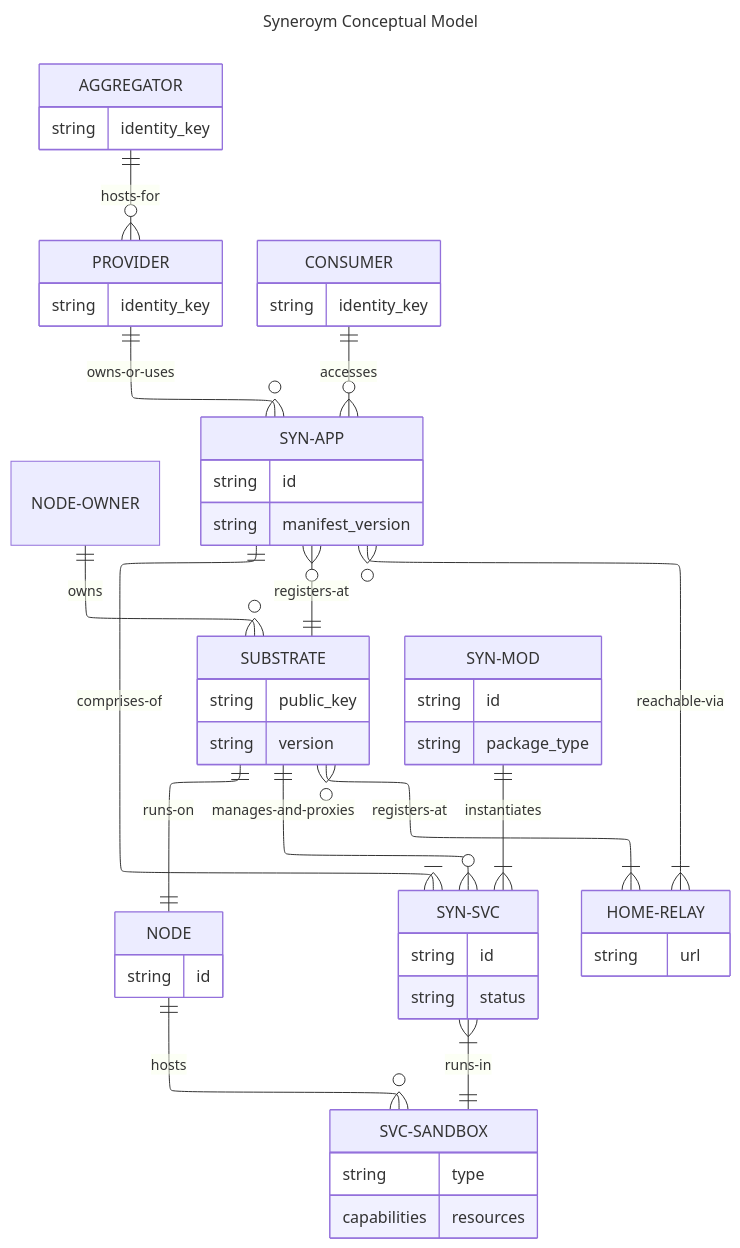
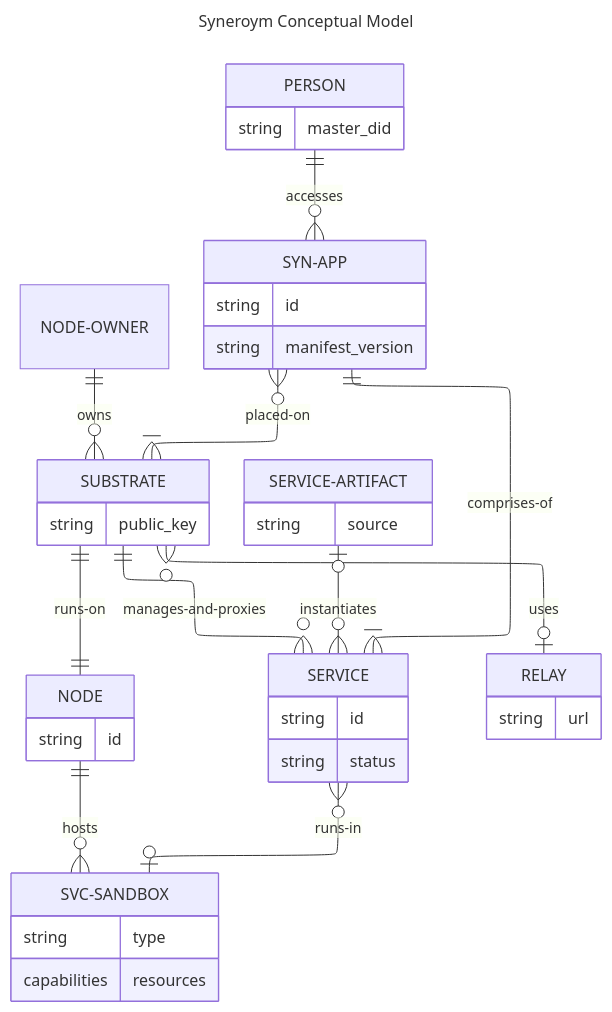
The second of 23 diagrams in docs/system-architecture.md (syneroym/syneroym), drawn with Mermaid before and after one commit. The commit also changed other lines of this file and 15 other files, not shown here.

First line of the commit message:
docs(architecture): apply audit fixes (#293)

````diff
--- a/docs/system-architecture.md
+++ b/docs/system-architecture.md
@@ -106,32 +212,27 @@
 ```mermaid
 ---
 title: Syneroym Conceptual Model
 config:
     layout: elk
 ---
 erDiagram
     NODE-OWNER ||--o{ SUBSTRATE : owns
     SUBSTRATE ||--|| NODE : runs-on
-    SUBSTRATE ||--o{ SYN-SVC : manages-and-proxies
-    SUBSTRATE }o--|{ HOME-RELAY : registers-at
-    SYN-APP ||--|{ SYN-SVC : comprises-of
-    SYN-APP }o--|| SUBSTRATE : registers-at
-    SYN-SVC }|--|| SVC-SANDBOX : runs-in
+    SUBSTRATE ||--o{ SERVICE : manages-and-proxies
+    SUBSTRATE }o--o| RELAY : uses
+    SYN-APP ||--|{ SERVICE : comprises-of
+    SYN-APP }o--|{ SUBSTRATE : placed-on
+    SERVICE }o--o| SVC-SANDBOX : runs-in
     NODE ||--o{ SVC-SANDBOX : hosts
-    SYN-MOD ||--|{ SYN-SVC : instantiates
-    SYN-APP }o--|{ HOME-RELAY : reachable-via
-    PROVIDER ||--o{ SYN-APP : owns-or-uses
-    AGGREGATOR ||--o{ PROVIDER : hosts-for
-    CONSUMER ||--o{ SYN-APP : accesses
+    SERVICE-ARTIFACT |o--o{ SERVICE : instantiates
+    PERSON ||--o{ SYN-APP : accesses
 
     NODE { string id }
-    SUBSTRATE { string public_key string version }
-    SYN-SVC { string id string status }
+    SUBSTRATE { string public_key }
+    SERVICE { string id string status }
     SYN-APP { string id string manifest_version }
-    SYN-MOD { string id string package_type }
+    SERVICE-ARTIFACT { string source }
     SVC-SANDBOX { string type capabilities resources }
-    HOME-RELAY { string url }
-    PROVIDER { string identity_key }
-    CONSUMER { string identity_key }
-    AGGREGATOR { string identity_key }
+    RELAY { string url }
+    PERSON { string master_did }
 ```
````
